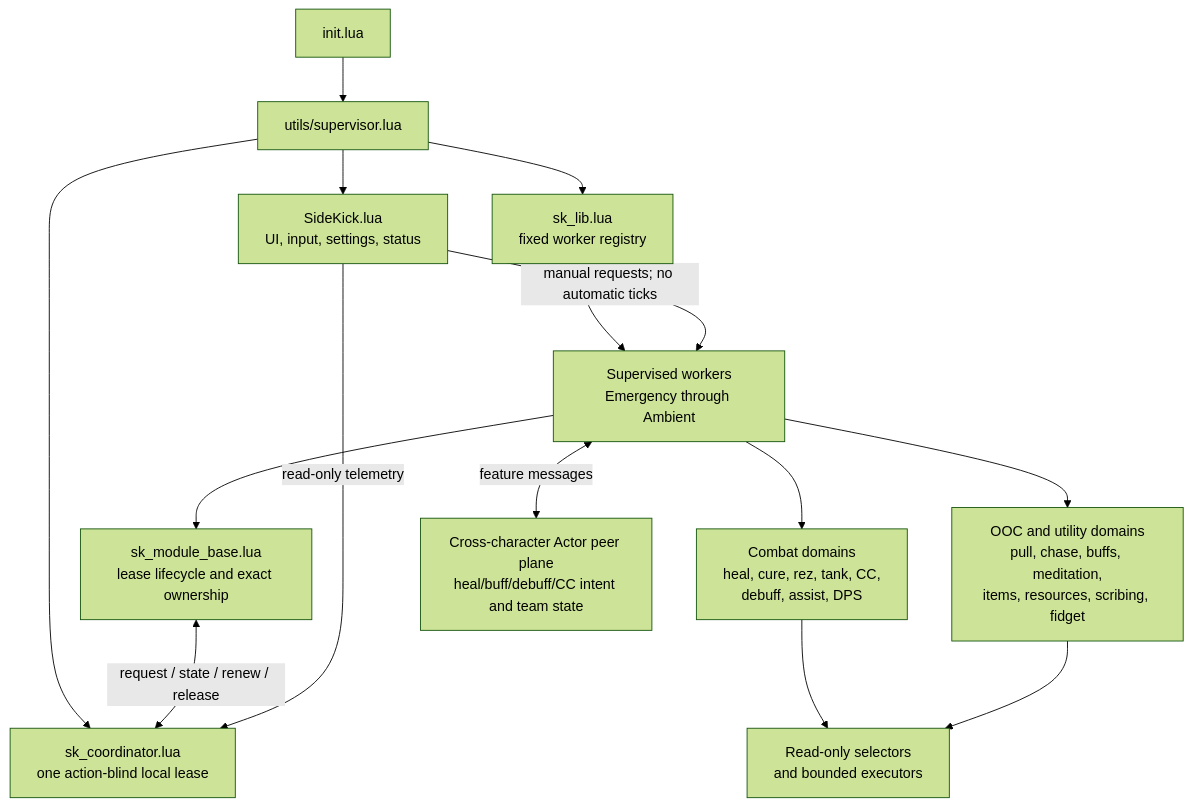
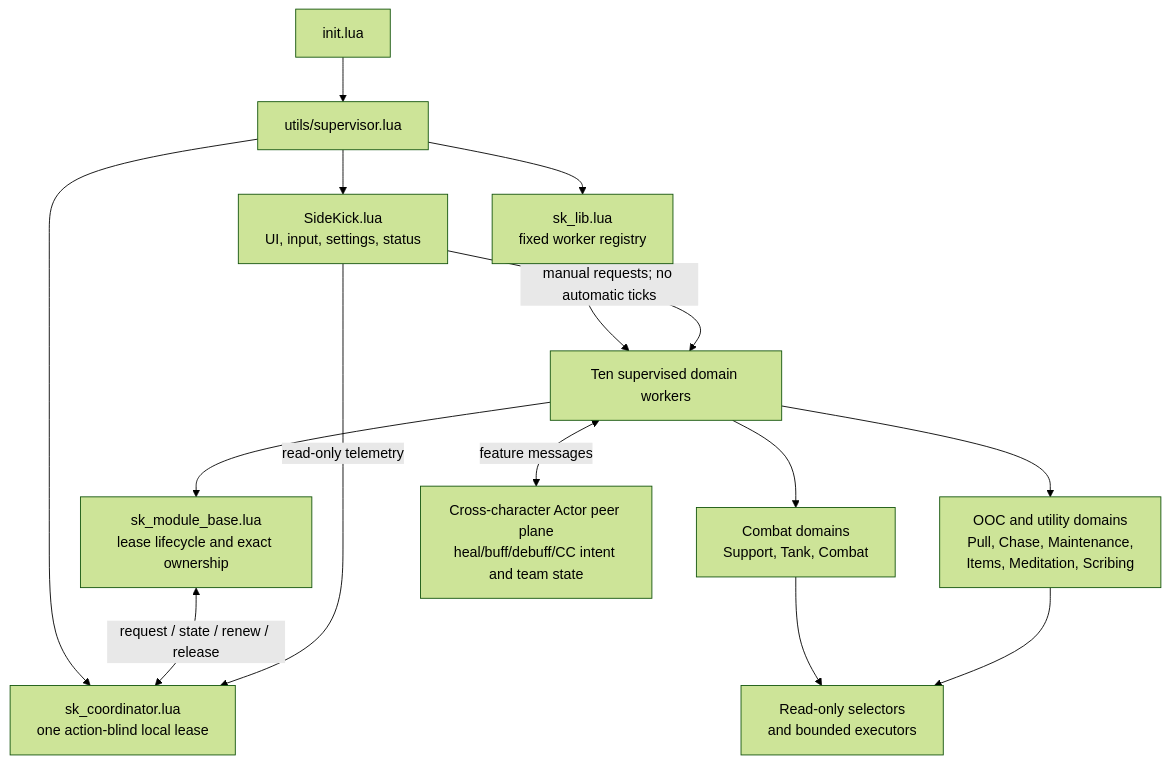
Before and after one commit to daly101010/sidekick-next: the first of 9 diagrams in docs/USER_GUIDE.md, drawn with Mermaid (forest theme). The commit also changed other lines of this file and 115 other files, not shown here.

````diff
--- a/docs/USER_GUIDE.md
+++ b/docs/USER_GUIDE.md
@@ -581,21 +664,21 @@
 ```mermaid
 graph TB
     INIT["init.lua"] --> SUP["utils/supervisor.lua"]
     SUP --> UI["SideKick.lua<br/>UI, input, settings, status"]
     SUP --> COORD["sk_coordinator.lua<br/>one action-blind local lease"]
     SUP --> REG["sk_lib.lua<br/>fixed worker registry"]
-    REG --> WORKERS["Supervised workers<br/>Emergency through Ambient"]
+    REG --> WORKERS["Ten supervised domain workers"]
     WORKERS --> BASE["sk_module_base.lua<br/>lease lifecycle and exact ownership"]
     BASE <-->|"request / state / renew / release"| COORD
 
-    WORKERS --> COMBAT["Combat domains<br/>heal, cure, rez, tank, CC,<br/>debuff, assist, DPS"]
-    WORKERS --> OOC["OOC and utility domains<br/>pull, chase, buffs, meditation,<br/>items, resources, scribing, fidget"]
+    WORKERS --> COMBAT["Combat domains<br/>Support, Tank, Combat"]
+    WORKERS --> OOC["OOC and utility domains<br/>Pull, Chase, Maintenance,<br/>Items, Meditation, Scribing"]
     COMBAT --> HELPERS["Read-only selectors<br/>and bounded executors"]
     OOC --> HELPERS
 
     UI -->|"manual requests; no automatic ticks"| WORKERS
     UI -->|"read-only telemetry"| COORD
 
     PEERS["Cross-character Actor peer plane<br/>heal/buff/debuff/CC intent and team state"]
     WORKERS <-->|"feature messages"| PEERS
 ```
````
